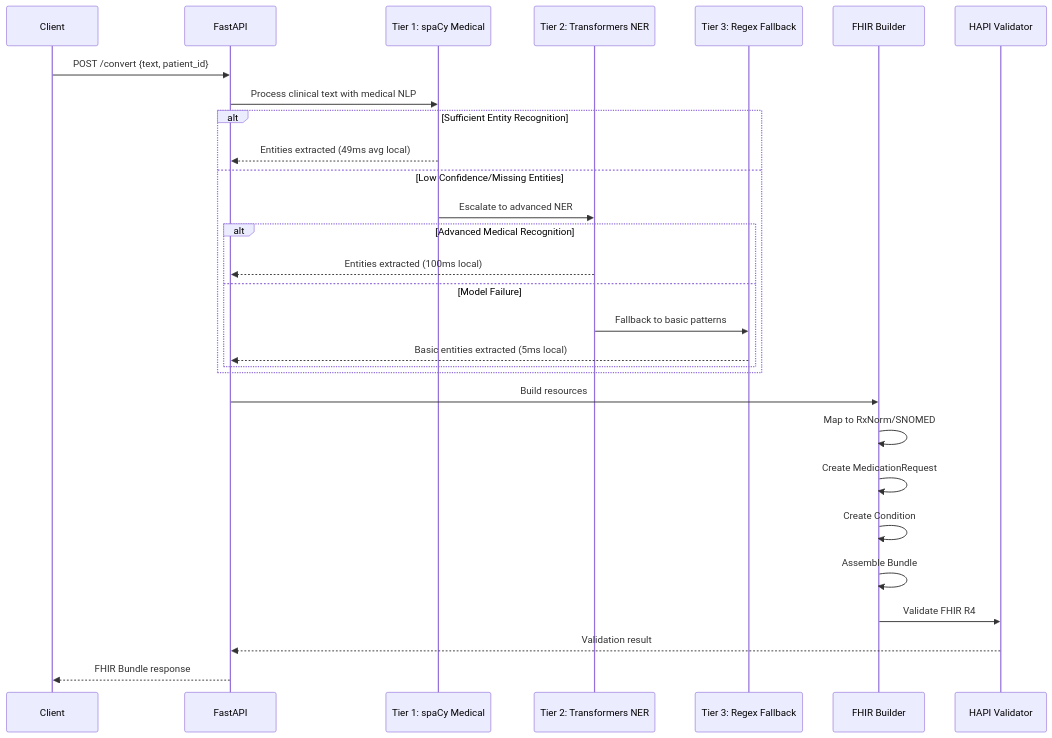
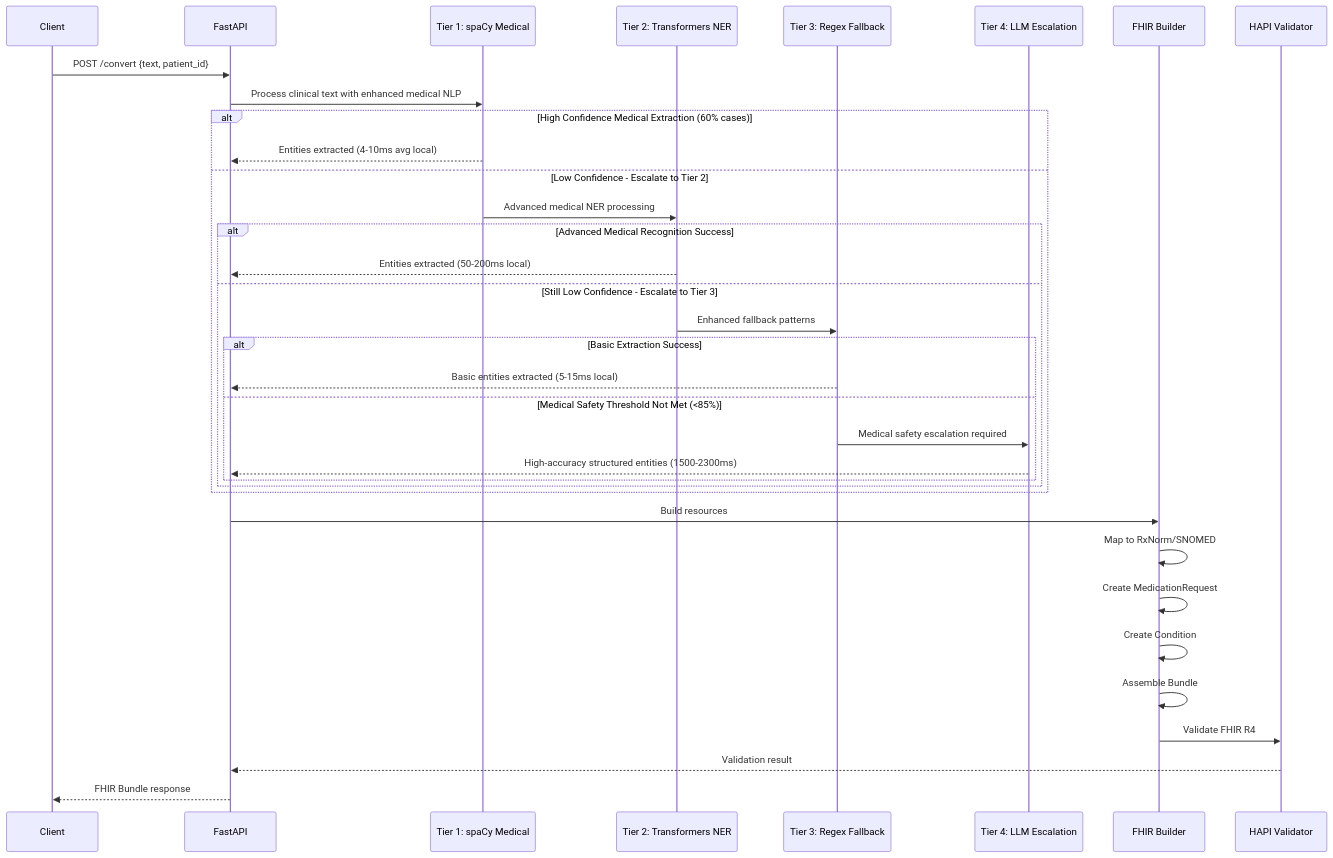
Before and after one commit to jc7k/nl-fhir: the second of 5 diagrams in README.md, drawn with Mermaid. The commit also changed other lines of this file and 33 other files, not shown here.

````diff
--- a/README.md
+++ b/README.md
@@ -96,35 +99,41 @@
 ```mermaid
 sequenceDiagram
     participant Client
     participant API as FastAPI
     participant SpaCy as Tier 1: spaCy Medical
     participant Transformers as Tier 2: Transformers NER
     participant Regex as Tier 3: Regex Fallback
+    participant LLM as Tier 4: LLM Escalation
     participant FHIR as FHIR Builder
     participant Validator as HAPI Validator
     
     Client->>API: POST /convert {text, patient_id}
-    API->>SpaCy: Process clinical text with medical NLP
+    API->>SpaCy: Process clinical text with enhanced medical NLP
     
-    alt Sufficient Entity Recognition
-        SpaCy-->>API: Entities extracted (49ms avg local)
-    else Low Confidence/Missing Entities
-        SpaCy->>Transformers: Escalate to advanced NER
-        alt Advanced Medical Recognition
-            Transformers-->>API: Entities extracted (100ms local)
-        else Model Failure
-            Transformers->>Regex: Fallback to basic patterns
-            Regex-->>API: Basic entities extracted (5ms local)
+    alt High Confidence Medical Extraction (60% cases)
+        SpaCy-->>API: Entities extracted (4-10ms avg local)
+    else Low Confidence - Escalate to Tier 2
+        SpaCy->>Transformers: Advanced medical NER processing
+        alt Advanced Medical Recognition Success
+            Transformers-->>API: Entities extracted (50-200ms local)
+        else Still Low Confidence - Escalate to Tier 3
+            Transformers->>Regex: Enhanced fallback patterns
+            alt Basic Extraction Success
+                Regex-->>API: Basic entities extracted (5-15ms local)
+            else Medical Safety Threshold Not Met (<85%)
+                Regex->>LLM: Medical safety escalation required
+                LLM-->>API: High-accuracy structured entities (1500-2300ms)
+            end
         end
     end
     
     API->>FHIR: Build resources
     FHIR->>FHIR: Map to RxNorm/SNOMED
     FHIR->>FHIR: Create MedicationRequest
     FHIR->>FHIR: Create Condition
     FHIR->>FHIR: Assemble Bundle
     
     FHIR->>Validator: Validate FHIR R4
     Validator-->>API: Validation result
     API-->>Client: FHIR Bundle response
 ```
````
